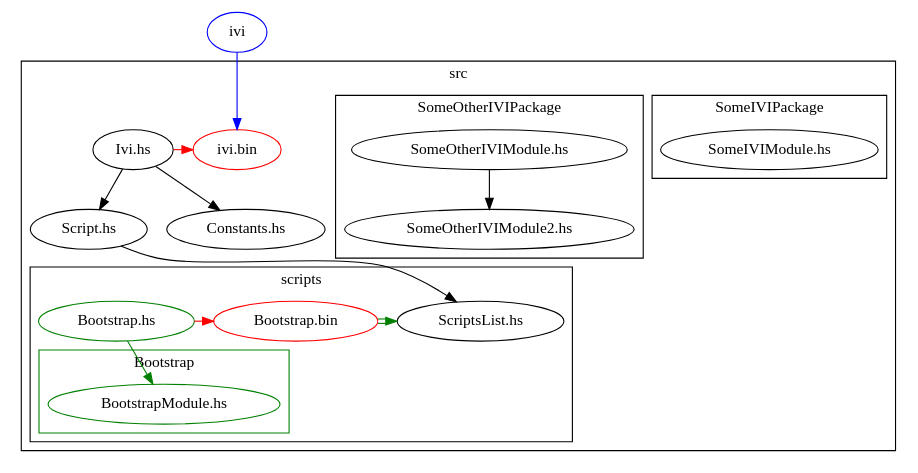
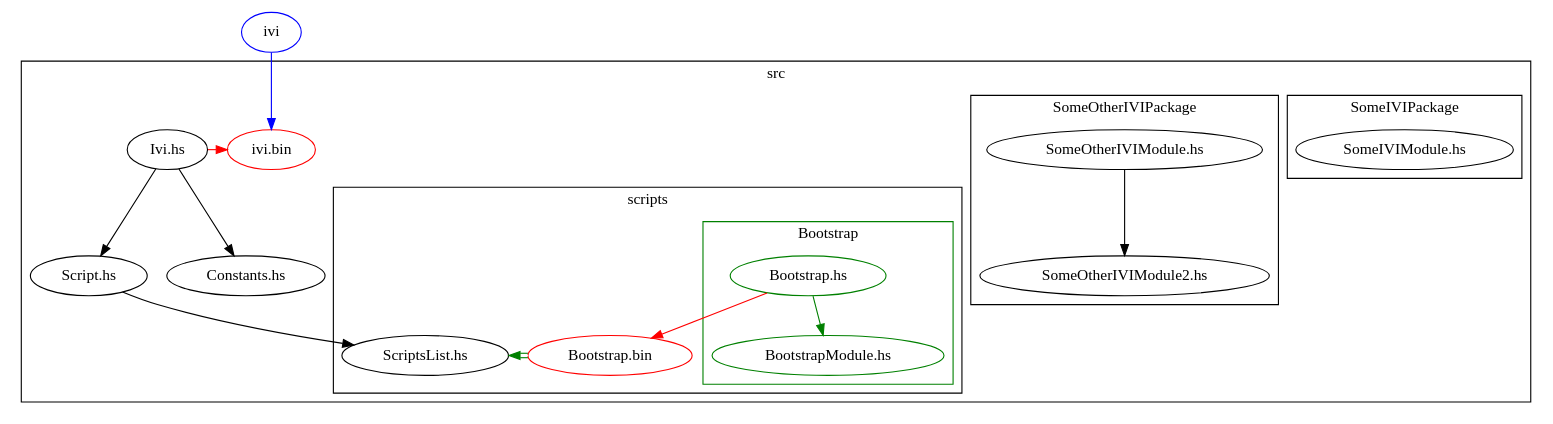
One commit to NorfairKing/IVI changed the diagram in details/dep_graph_empty.dot. Above: the diagram before and after it, drawn with Graphviz. The commit also changed 3 other files, not shown here.

Commit message:
updated explanatory bootstrap graphs

```diff
--- a/details/dep_graph_empty.dot
+++ b/details/dep_graph_empty.dot
@@ -1,57 +1,56 @@
 digraph G {
     ivilink [label="ivi", color="blue"];
 
     subgraph cluster_src {
         label = "src";
         
         ivibin [label="ivi.bin", color="red"];
         
         ivihs [label="Ivi.hs"];
         scripths [label="Script.hs"];
         constantshs [label="Constants.hs"];
 
         {rank=same ivibin ivihs};
         {rank=same scripths constantshs};
 
         ivihs -> scripths;
         ivihs -> constantshs;
 
         subgraph cluster_src_scripts {
             label = "scripts";
             scriptslisths [label="ScriptsList.hs"];
 
-            bootstraphs [label="Bootstrap.hs", color="green"];
             bootstrap [label="Bootstrap.bin", color="green", color="red"];
-            bootstraphs -> bootstrap [color="red"];
             bootstrap -> scriptslisths [color="green:white:green"];           
 
-            {rank=same bootstraphs bootstrap scriptslisths};
+            {rank=same bootstrap scriptslisths};
 
             subgraph cluster_scr_scripts_bootstrap {
                 label = "Bootstrap";
                 color = "green";
-            
+                bootstraphs [label="Bootstrap.hs", color="green"];
+                bootstraphs -> bootstrap [color="red"];
                 bootstrapmodulehs [label="BootstrapModule.hs",color="green"];
+                bootstraphs -> bootstrapmodulehs[color="green"];
             }
-            bootstraphs -> bootstrapmodulehs[color="green"];
 
 
         }
         
 
         scripths -> scriptslisths;
     
         subgraph cluster_src_ivipackage {
             label = "SomeIVIPackage";
             ivimodule [label="SomeIVIModule.hs"];
         }
         subgraph cluster_src_otherivipackage {
             label = "SomeOtherIVIPackage";
             otherivimodule [label="SomeOtherIVIModule.hs"];
             otherivimodule2 [label="SomeOtherIVIModule2.hs"];
             otherivimodule -> otherivimodule2;
         }
     }
     ivilink ->ivibin [color="blue"];
     ivihs -> ivibin [color="red"];
 }
```
